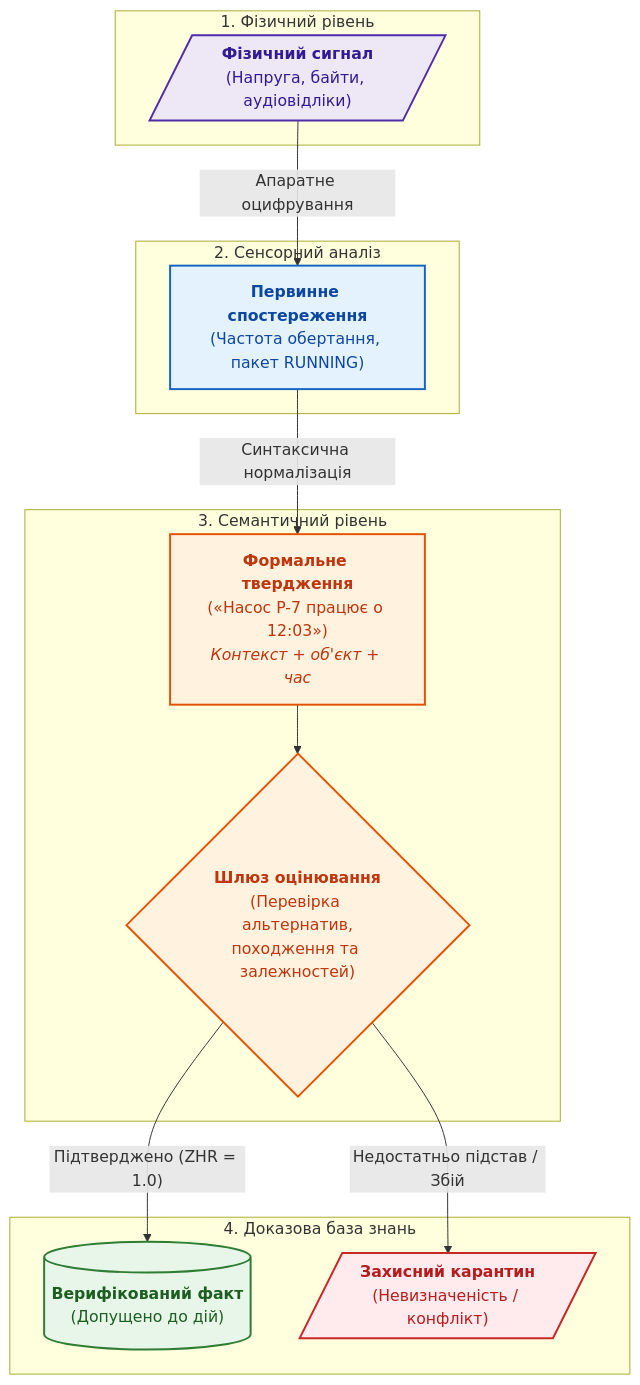
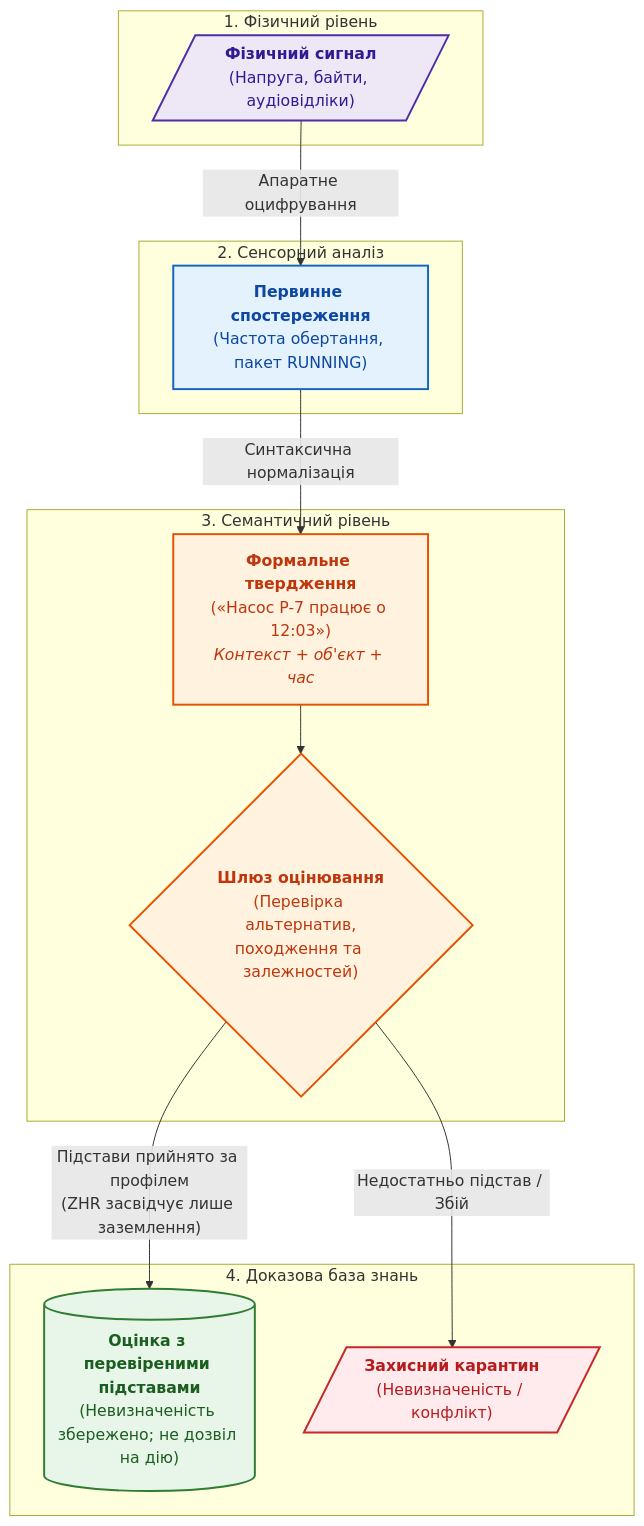
The first of 6 diagrams in ExpertSystem/ch37-input-information-assessment-and-algorithmic-skepticism.md (nick-fedchik/articles), drawn with Mermaid before and after one commit. The commit also changed other lines of this file and 14 other files, not shown here.

````diff
--- a/ExpertSystem/ch37-input-information-assessment-and-algorithmic-skepticism.md
+++ b/ExpertSystem/ch37-input-information-assessment-and-algorithmic-skepticism.md
@@ -34,41 +34,41 @@
 ```mermaid
 flowchart TD
     accTitle: Онтологічна декомпозиція вхідної інформації
-    accDescr: Чотирирівнева таксономія перетворення фізичного сигналу на доказовий факт бази знань із контрольно-пропускними шлюзами.
+    accDescr: Чотирирівнева таксономія перетворення фізичного сигналу на оцінку з перевіреними підставами та явною невизначеністю; заземлення не є дозволом на дію.
 
     subgraph Physical["1. Фізичний рівень"]
         Sig[/"<b>Фізичний сигнал</b><br/>(Напруга, байти, аудіовідліки)"/]
     end
 
     subgraph Sensor["2. Сенсорний аналіз"]
         Obs["<b>Первинне спостереження</b><br/>(Частота обертання, пакет RUNNING)"]
     end
 
     subgraph Epistemic["3. Семантичний рівень"]
         Assert["<b>Формальне твердження</b><br/>(«Насос P-7 працює о 12:03»)<br/><i>Контекст + об'єкт + час</i>"]
         Assess{"<b>Шлюз оцінювання</b><br/>(Перевірка альтернатив,<br/>походження та залежностей)"}
     end
 
     subgraph Knowledge["4. Доказова база знань"]
-        Fact[("<b>Верифікований факт</b><br/>(Допущено до дій)")]
+        Fact[("<b>Оцінка з перевіреними підставами</b><br/>(Невизначеність збережено; не дозвіл на дію)")]
         Quarantine[/"<b>Захисний карантин</b><br/>(Невизначеність / конфлікт)"/]
     end
 
     Sig -->|"Апаратне оцифрування"| Obs
     Obs -->|"Синтаксична нормалізація"| Assert
     Assert --> Assess
-    Assess -->|"Підтверджено (ZHR = 1.0)"| Fact
+    Assess -->|"Підстави прийнято за профілем<br/>(ZHR засвідчує лише заземлення)"| Fact
     Assess -->|"Недостатньо підстав / Збій"| Quarantine
 
     classDef physStyle fill:#ede7f6,stroke:#512da8,stroke-width:2px,color:#311b92;
     classDef sensStyle fill:#e3f2fd,stroke:#1565c0,stroke-width:2px,color:#0d47a1;
     classDef gateStyle fill:#fff3e0,stroke:#e65100,stroke-width:2px,color:#bf360c;
     classDef okStyle fill:#e8f5e9,stroke:#2e7d32,stroke-width:2px,color:#1b5e20;
     classDef warnStyle fill:#ffebee,stroke:#c62828,stroke-width:2px,color:#b71c1c;
 
     class Sig physStyle;
     class Obs sensStyle;
     class Assert,Assess gateStyle;
     class Fact okStyle;
     class Quarantine warnStyle;
 ```
````
